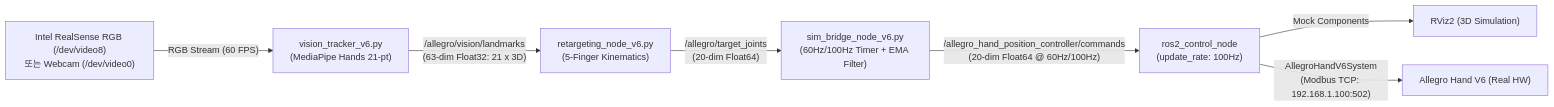
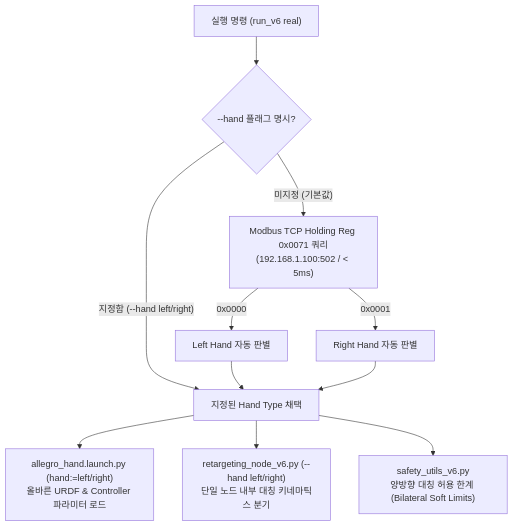
One commit to jacoblee1214/allegro_vision_teleop changed the first of 2 diagrams in README.md. Above: the diagram before and after it, drawn with Mermaid. The commit also changed other lines of this file and 14 other files, not shown here.

First line of the commit message:
feat: unified bilateral teleop pipeline, left thumb kinematics fix, and handover guide

````diff
--- a/README.md
+++ b/README.md
@@ -12,9 +40,13 @@
 ```mermaid
-flowchart LR
-    A["Intel RealSense RGB (/dev/video8)<br/>또는 Webcam (/dev/video0)"] -->|"RGB Stream (60 FPS)"| B["vision_tracker_v6.py<br/>(MediaPipe Hands 21-pt)"]
-    B -->|"/allegro/vision/landmarks<br/>(63-dim Float32: 21 x 3D)"| C["retargeting_node_v6.py<br/>(5-Finger Kinematics)"]
-    C -->|"/allegro/target_joints<br/>(20-dim Float64)"| D["sim_bridge_node_v6.py<br/>(60Hz/100Hz Timer + EMA Filter)"]
-    D -->|"/allegro_hand_position_controller/commands<br/>(20-dim Float64 @ 60Hz/100Hz)"| E["ros2_control_node<br/>(update_rate: 100Hz)"]
-    E -->|"Mock Components"| F["RViz2 (3D Simulation)"]
-    E -->|"AllegroHandV6System<br/>(Modbus TCP: 192.168.1.100:502)"| G["Allegro Hand V6 (Real HW)"]
+flowchart TD
+    A["실행 명령 (run_v6 real)"] --> B{"--hand 플래그 명시?"}
+    B -- "지정함 (--hand left/right)" --> D["지정된 Hand Type 채택"]
+    B -- "미지정 (기본값)" --> C["Modbus TCP Holding Reg 0x0071 쿼리<br/>(192.168.1.100:502 / < 5ms)"]
+    C -->|0x0000| E["Left Hand 자동 판별"]
+    C -->|0x0001| F["Right Hand 자동 판별"]
+    E --> D
+    F --> D
+    D --> G["allegro_hand.launch.py (hand:=left/right)<br/>올바른 URDF & Controller 파라미터 로드"]
+    D --> H["retargeting_node_v6.py (--hand left/right)<br/>단일 노드 내부 대칭 키네마틱스 분기"]
+    D --> I["safety_utils_v6.py<br/>양방향 대칭 허용 한계 (Bilateral Soft Limits)"]
 ```
````
